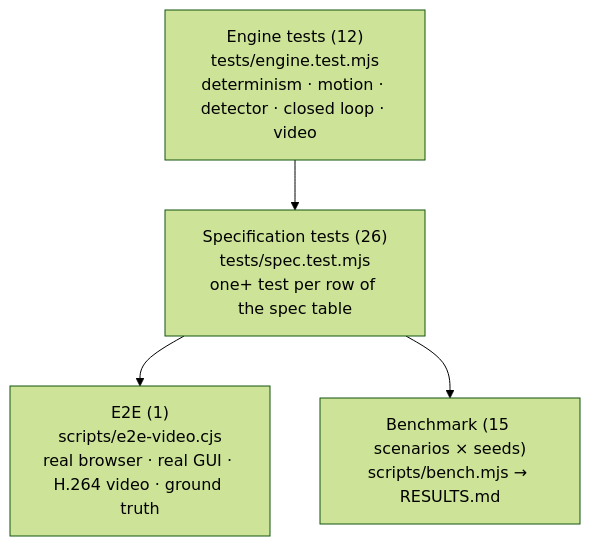
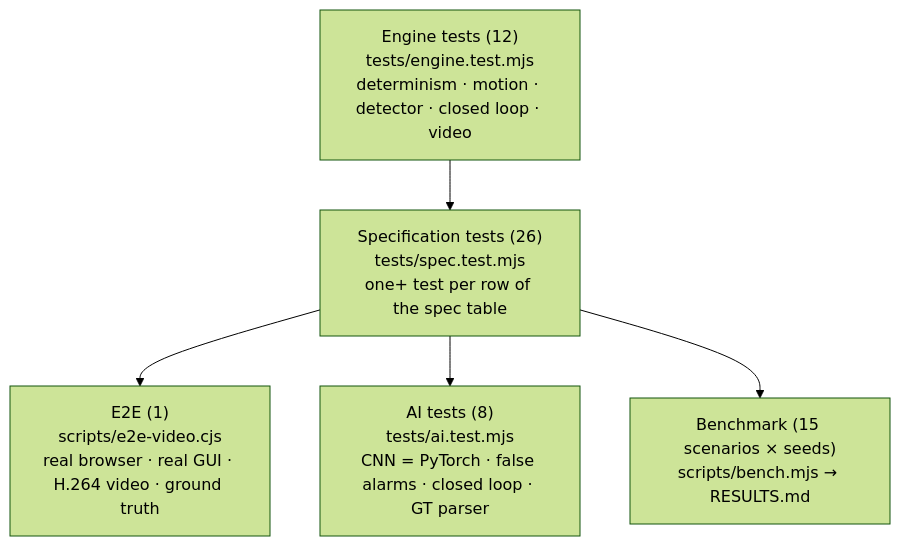
One commit to ascend-x/Q-Rex changed diagram 11 of 12 in README.md. Above: the diagram before and after it, drawn with Mermaid (forest theme). The commit also changed other lines of this file and 56 other files, not shown here.

````diff
--- a/README.md
+++ b/README.md
@@ -646,9 +740,11 @@
 ```mermaid
 flowchart TB
     E2E["E2E (1)<br/>scripts/e2e-video.cjs<br/>real browser · real GUI · H.264 video · ground truth"]
     SPEC["Specification tests (26)<br/>tests/spec.test.mjs<br/>one+ test per row of the spec table"]
+    AIT["AI tests (8)<br/>tests/ai.test.mjs<br/>CNN = PyTorch · false alarms · closed loop · GT parser"]
     ENG["Engine tests (12)<br/>tests/engine.test.mjs<br/>determinism · motion · detector · closed loop · video"]
     BENCH["Benchmark (15 scenarios × seeds)<br/>scripts/bench.mjs → RESULTS.md"]
     ENG --> SPEC --> E2E
+    SPEC --> AIT
     SPEC --> BENCH
 ```
````
